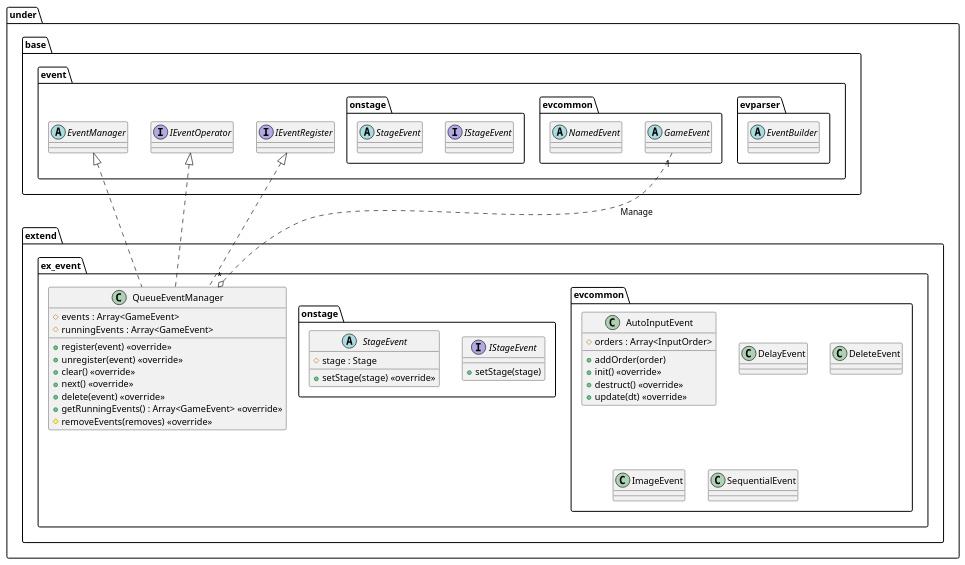
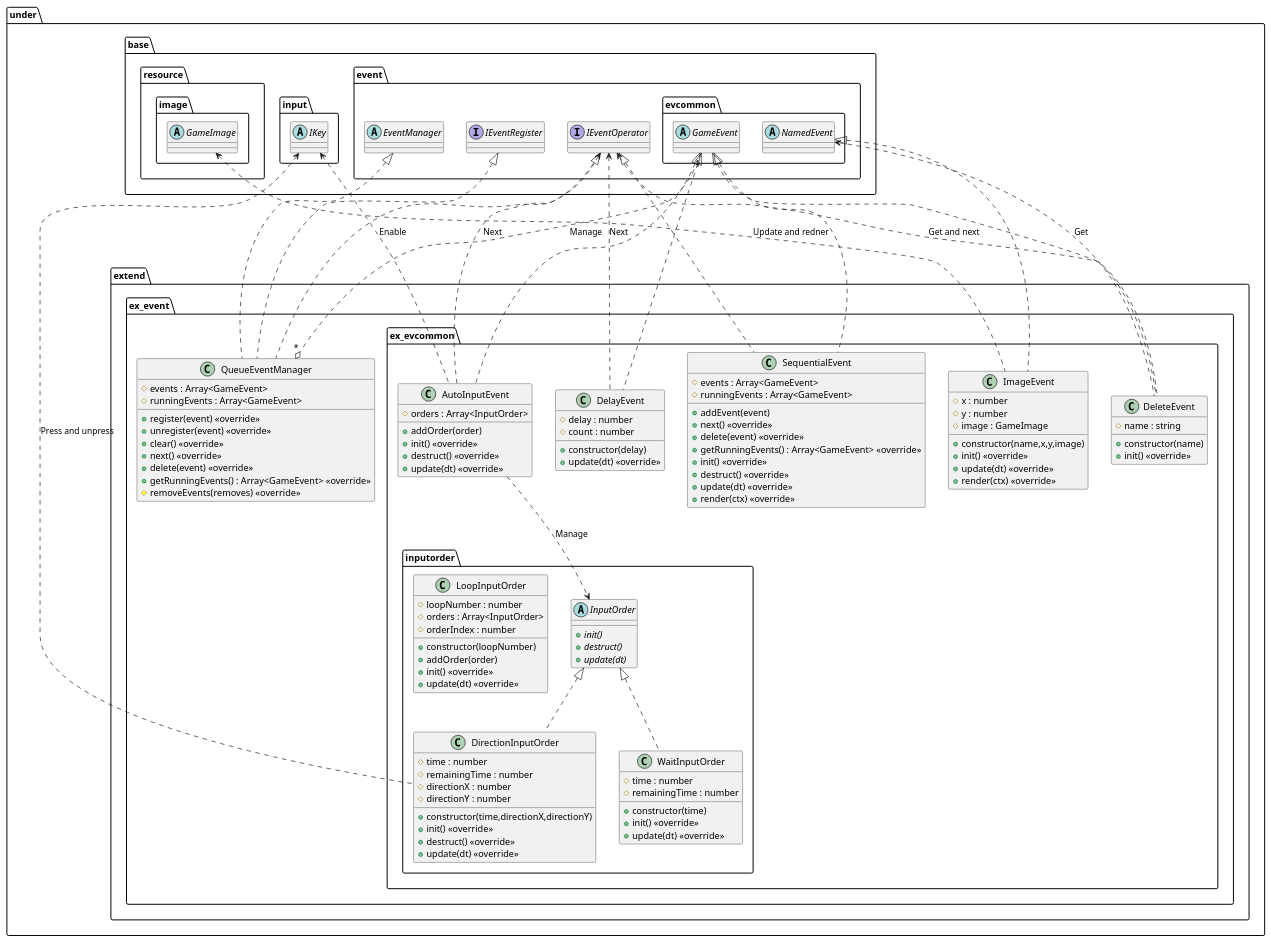
One commit to Expine/Under changed the diagram in uml/event/Extend.wsd. Above: the diagram before and after it, drawn with PlantUML. The commit also changed 26 other files, not shown here.

Commit message:
Fix stage event, implement delegate camera

```diff
--- a/uml/event/Extend.wsd
+++ b/uml/event/Extend.wsd
@@ -1,70 +1,141 @@
-@startuml EventBase
+@startuml EventExtend
 
 package under {
     package extend {
         package ex_event {
             class QueueEventManager {
                 #events : Array<GameEvent>
                 #runningEvents : Array<GameEvent>
                 +register(event) <<override>>
                 +unregister(event) <<override>>
                 +clear() <<override>>
                 +next() <<override>>
                 +delete(event) <<override>>
                 +getRunningEvents() : Array<GameEvent> <<override>>
                 #removeEvents(removes) <<override>>
             }
-            package evcommon {
+            package ex_evcommon {
+                package inputorder {
+                    abstract InputOrder {
+                        {abstract} +init()
+                        {abstract} +destruct()
+                        {abstract} +update(dt)
+                    }
+                    class DirectionInputOrder {
+                        +constructor(time,directionX,directionY)
+                        #time : number
+                        #remainingTime : number
+                        #directionX : number
+                        #directionY : number
+                        +init() <<override>>
+                        +destruct() <<override>>
+                        +update(dt) <<override>>
+                    }
+                    class WaitInputOrder {
+                        +constructor(time)
+                        #time : number
+                        #remainingTime : number
+                        +init() <<override>>
+                        +update(dt) <<override>>
+                    }
+                    class LoopInputOrder {
+                        +constructor(loopNumber)
+                        #loopNumber : number
+                        #orders : Array<InputOrder>
+                        #orderIndex : number
+                        +addOrder(order)
+                        +init() <<override>>
+                        +update(dt) <<override>>
+                    }
+                }
                 class AutoInputEvent {
                     #orders : Array<InputOrder>
                     +addOrder(order)
                     +init() <<override>>
                     +destruct() <<override>>
                     +update(dt) <<override>>
                 }
-                class DelayEvent
-                class DeleteEvent
-                class ImageEvent
-                class SequentialEvent
-            }
-            package onstage {
-                interface IStageEvent {
-                    +setStage(stage)
+                class DelayEvent {
+                    +constructor(delay)
+                    #delay : number
+                    #count : number
+                    +update(dt) <<override>>
                 }
-                abstract StageEvent {
-                    #stage : Stage
-                    +setStage(stage) <<override>>
+                class DeleteEvent {
+                    +constructor(name)
+                    #name : string
+                    +init() <<override>>
+                }
+                class ImageEvent {
+                    +constructor(name,x,y,image)
+                    #x : number
+                    #y : number
+                    #image : GameImage
+                    +init() <<override>>
+                    +update(dt) <<override>>
+                    +render(ctx) <<override>>
+                }
+                class SequentialEvent {
+                    #events : Array<GameEvent>
+                    #runningEvents : Array<GameEvent>
+                    +addEvent(event)
+                    +next() <<override>>
+                    +delete(event) <<override>>
+                    +getRunningEvents() : Array<GameEvent> <<override>>
+                    +init() <<override>>
+                    +destruct() <<override>>
+                    +update(dt) <<override>>
+                    +render(ctx) <<override>>
                 }
             }
         }
     }
 }
 
 package under {
     package base {
+        package input {
+            abstract IKey
+        }
+        package resource {
+            package image {
+                abstract GameImage
+            }
+        }
         package event {
             abstract EventManager
             interface IEventOperator
             interface IEventRegister
-            package evparser {
-                abstract EventBuilder
-            }
             package evcommon {
                 abstract GameEvent
                 abstract NamedEvent
-            }
-            package onstage {
-                interface IStageEvent
-                abstract StageEvent
             }
         }
     }
 }
 
 GameEvent "1" ..o "*" QueueEventManager : Manage
 
-EventManager <|.. QueueEventManager
-IEventRegister <|.. QueueEventManager
-IEventOperator <|.. QueueEventManager
+IKey <... DirectionInputOrder : Press and unpress
+IKey <... AutoInputEvent : Enable
+AutoInputEvent ..> InputOrder : Manage
+IEventOperator <.. AutoInputEvent : Next
+IEventOperator <.. DelayEvent : Next
+IEventOperator <.. DeleteEvent : Get and next
+NamedEvent <.. DeleteEvent : Get
+GameImage <.. ImageEvent : Update and redner
+
+EventManager <|... QueueEventManager
+IEventRegister <|... QueueEventManager
+IEventOperator <|... QueueEventManager
+
+InputOrder <|.. DirectionInputOrder
+InputOrder <|.. WaitInputOrder
+GameEvent <|.. AutoInputEvent
+GameEvent <|.. DelayEvent
+GameEvent <|.. DeleteEvent
+NamedEvent <|.. ImageEvent
+GameEvent <|.. SequentialEvent
+IEventOperator <|.. SequentialEvent
 
 @enduml
```
